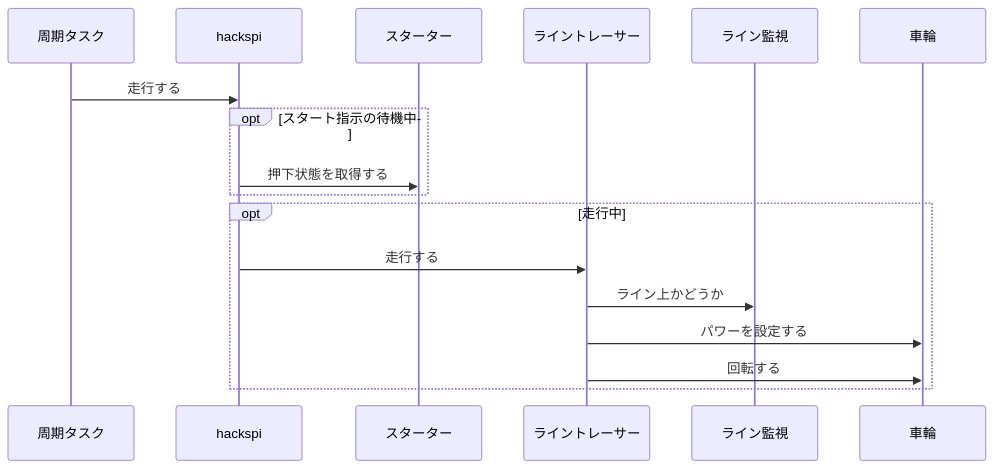
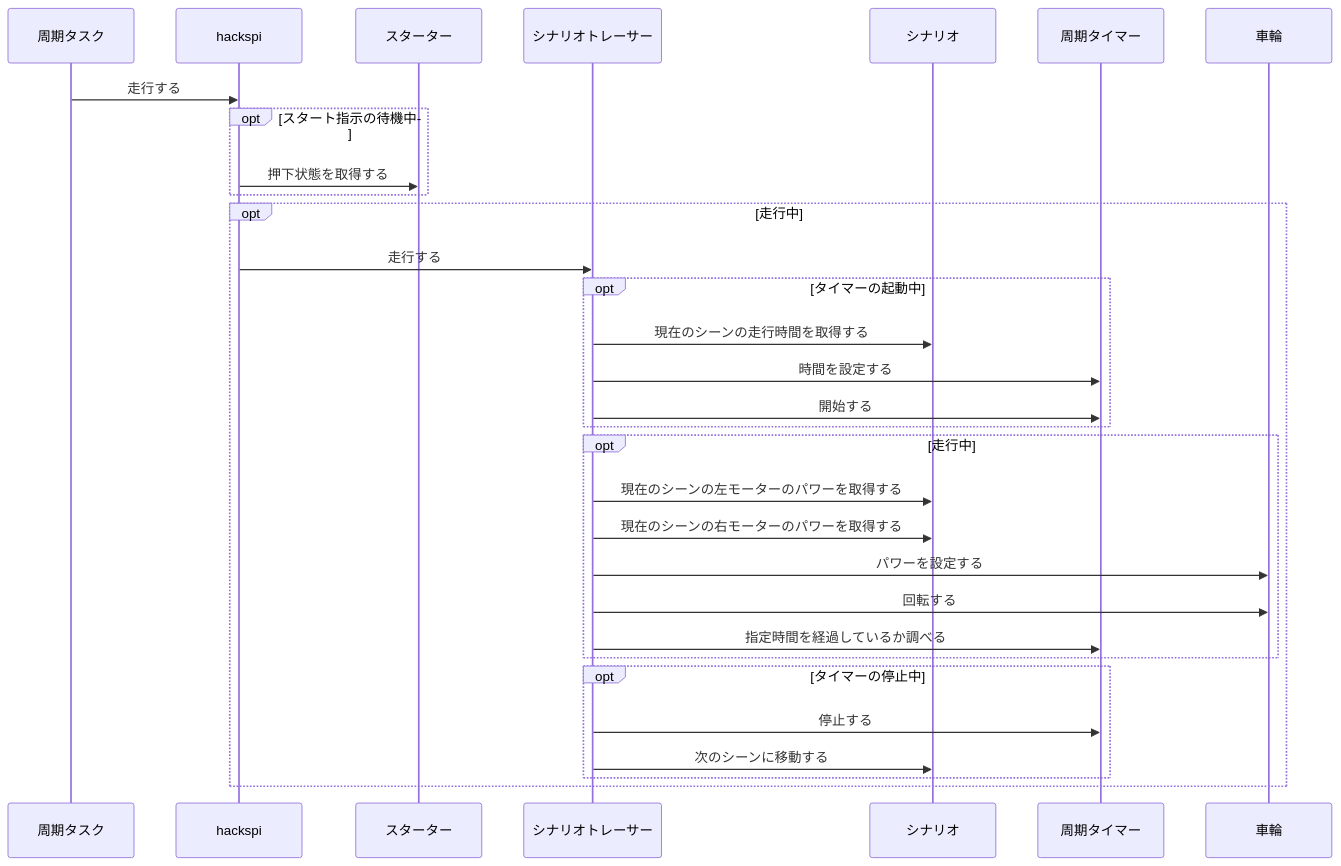
The second of 3 diagrams in README.md (jp-ymatsumoto/raspike-app), drawn with Mermaid before and after one commit.

Commit message:
シーケンス図をシナリオに沿って走行する振る舞いに変更

````diff
--- a/README.md
+++ b/README.md
@@ -86,13 +86,29 @@
 ```mermaid
 sequenceDiagram
   周期タスク->>hackspi: 走行する
+
   opt スタート指示の待機中
     hackspi->>スターター: 押下状態を取得する
   end
+
   opt 走行中
-    hackspi->>ライントレーサー: 走行する
-    ライントレーサー->>ライン監視: ライン上かどうか
-    ライントレーサー->>車輪: パワーを設定する
-    ライントレーサー->>車輪: 回転する
+    hackspi->>シナリオトレーサー: 走行する
+
+    opt タイマーの起動中
+      シナリオトレーサー->>シナリオ: 現在のシーンの走行時間を取得する
+      シナリオトレーサー->>周期タイマー: 時間を設定する
+      シナリオトレーサー->>周期タイマー: 開始する
+    end
+    opt 走行中
+      シナリオトレーサー->>シナリオ: 現在のシーンの左モーターのパワーを取得する
+      シナリオトレーサー->>シナリオ: 現在のシーンの右モーターのパワーを取得する
+      シナリオトレーサー->>車輪: パワーを設定する
+      シナリオトレーサー->>車輪: 回転する
+      シナリオトレーサー->>周期タイマー: 指定時間を経過しているか調べる
+    end
+    opt タイマーの停止中
+      シナリオトレーサー->>周期タイマー: 停止する
+      シナリオトレーサー->>シナリオ: 次のシーンに移動する
+    end
   end
 ```
````
